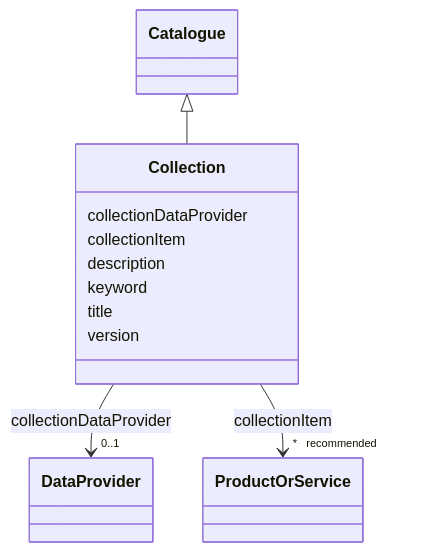
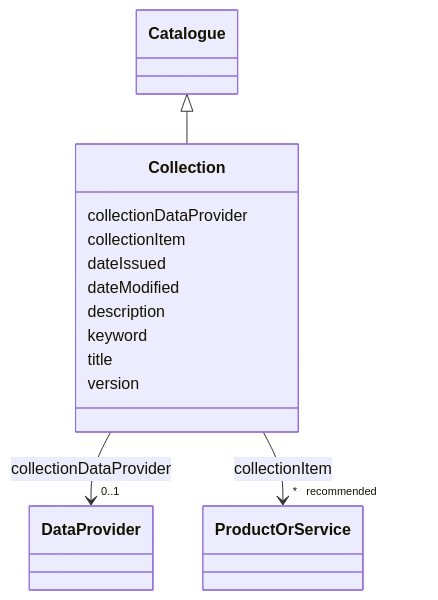
One commit to EVORA-project/evora-ontology changed the diagram in models/docs/Collection.md. Above: the diagram before and after it, drawn with Mermaid. The commit also changed other lines of this file and 377 other files, not shown here.

````diff
--- a/models/docs/Collection.md
+++ b/models/docs/Collection.md
@@ -19,35 +19,39 @@
 ```mermaid
  classDiagram
     class Collection
     click Collection href "../Collection"
       Catalogue <|-- Collection
         click Catalogue href "../Catalogue"
       
       Collection : collectionDataProvider
         
           
     
     
     Collection --> "0..1" DataProvider : collectionDataProvider
     click DataProvider href "../DataProvider"
 
         
       Collection : collectionItem
         
           
     
     
     Collection --> "* _recommended_" ProductOrService : collectionItem
     click ProductOrService href "../ProductOrService"
 
         
+      Collection : dateIssued
+        
+      Collection : dateModified
+        
       Collection : description
         
       Collection : keyword
         
       Collection : title
         
       Collection : version
         
       
 ```
````
